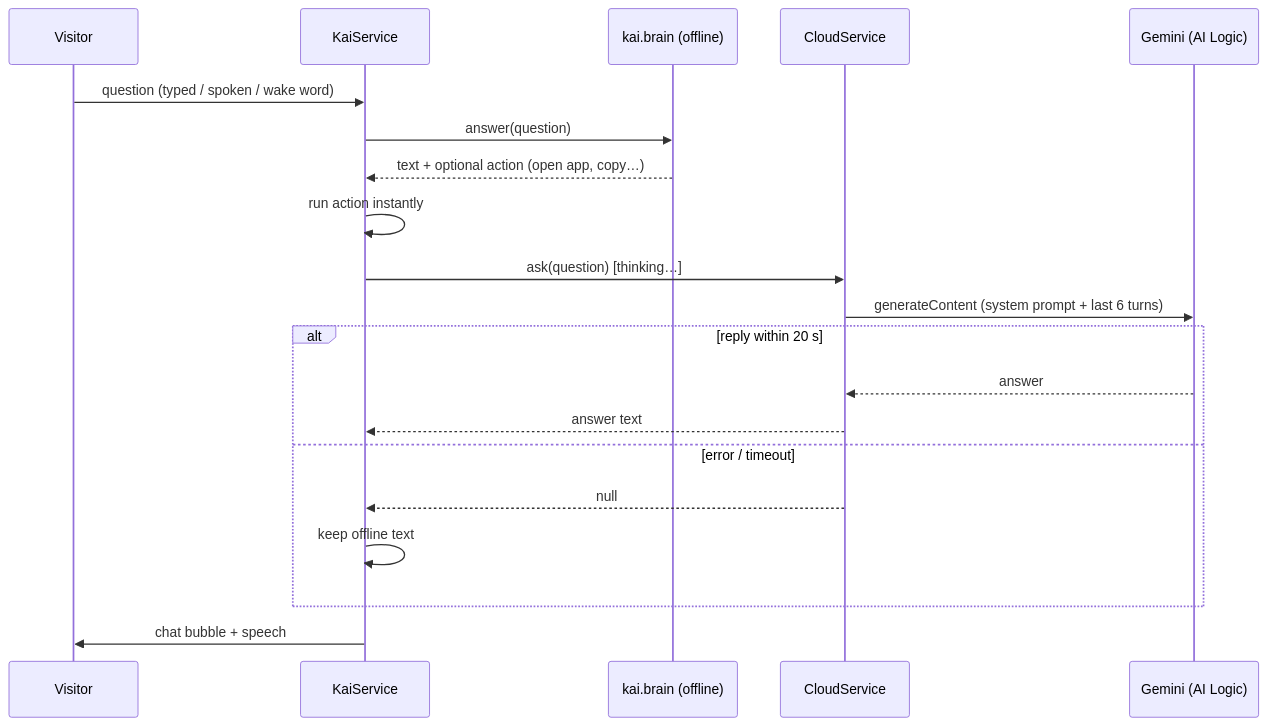
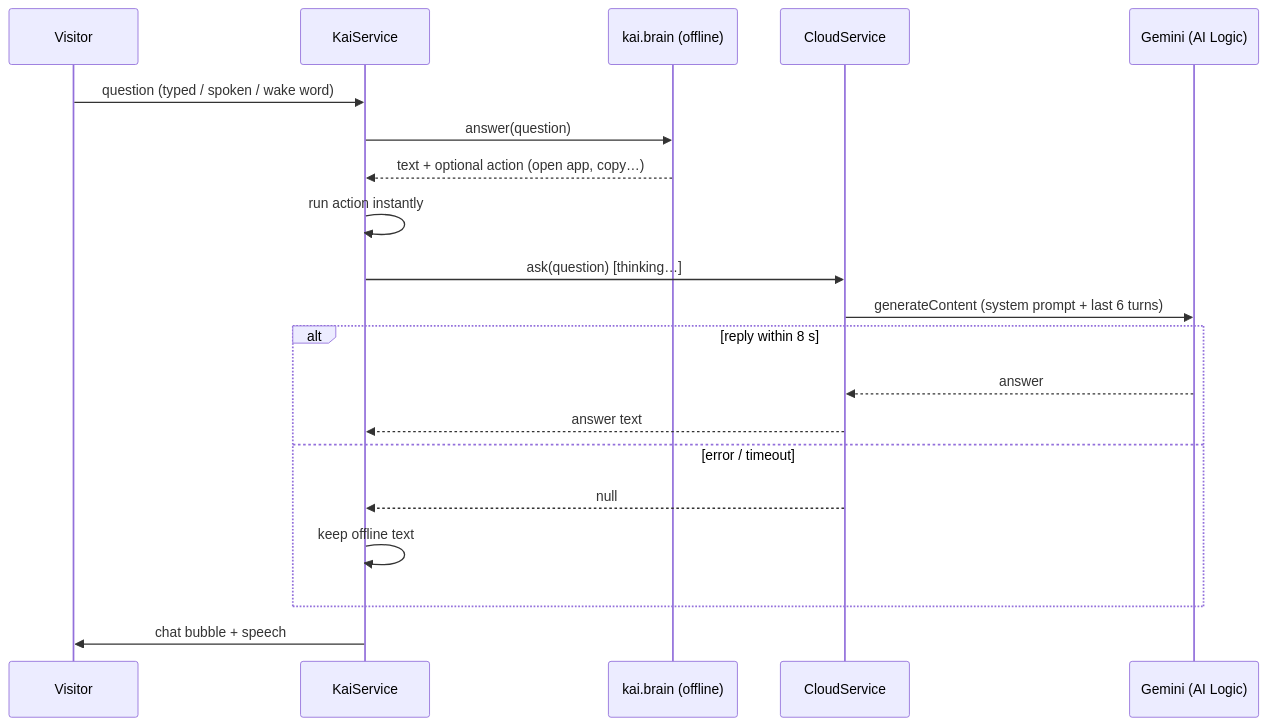
Before and after one commit to Kishore1199/kishore-os: the second of 3 diagrams in RND.md, drawn with Mermaid. The commit also changed other lines of this file and 1 other file, not shown here.

````diff
--- a/RND.md
+++ b/RND.md
@@ -187,22 +187,22 @@
 ```mermaid
 sequenceDiagram
   participant V as Visitor
   participant K as KaiService
   participant B as kai.brain (offline)
   participant C as CloudService
   participant G as Gemini (AI Logic)
   V->>K: question (typed / spoken / wake word)
   K->>B: answer(question)
   B-->>K: text + optional action (open app, copy…)
   K->>K: run action instantly
   K->>C: ask(question)  [thinking…]
   C->>G: generateContent (system prompt + last 6 turns)
-  alt reply within 20 s
+  alt reply within 8 s
     G-->>C: answer
     C-->>K: answer text
   else error / timeout
     C-->>K: null
     K->>K: keep offline text
   end
   K->>V: chat bubble + speech
 ```
````
